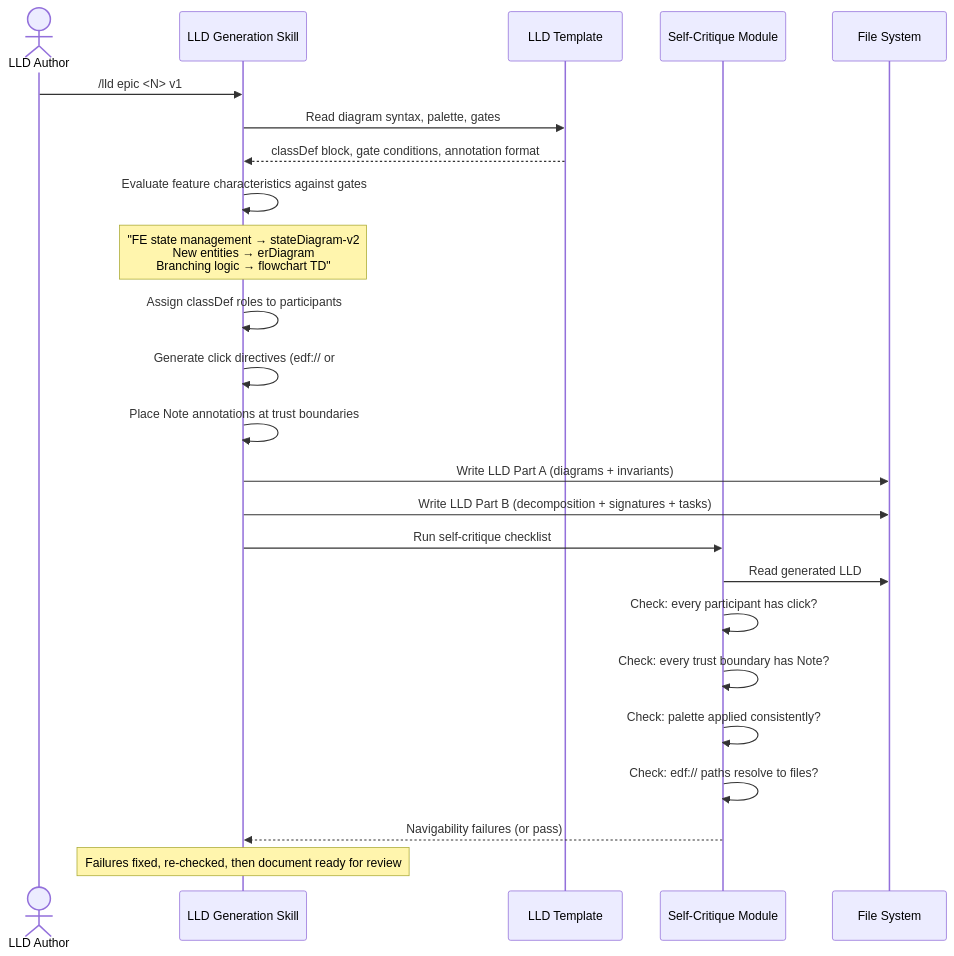
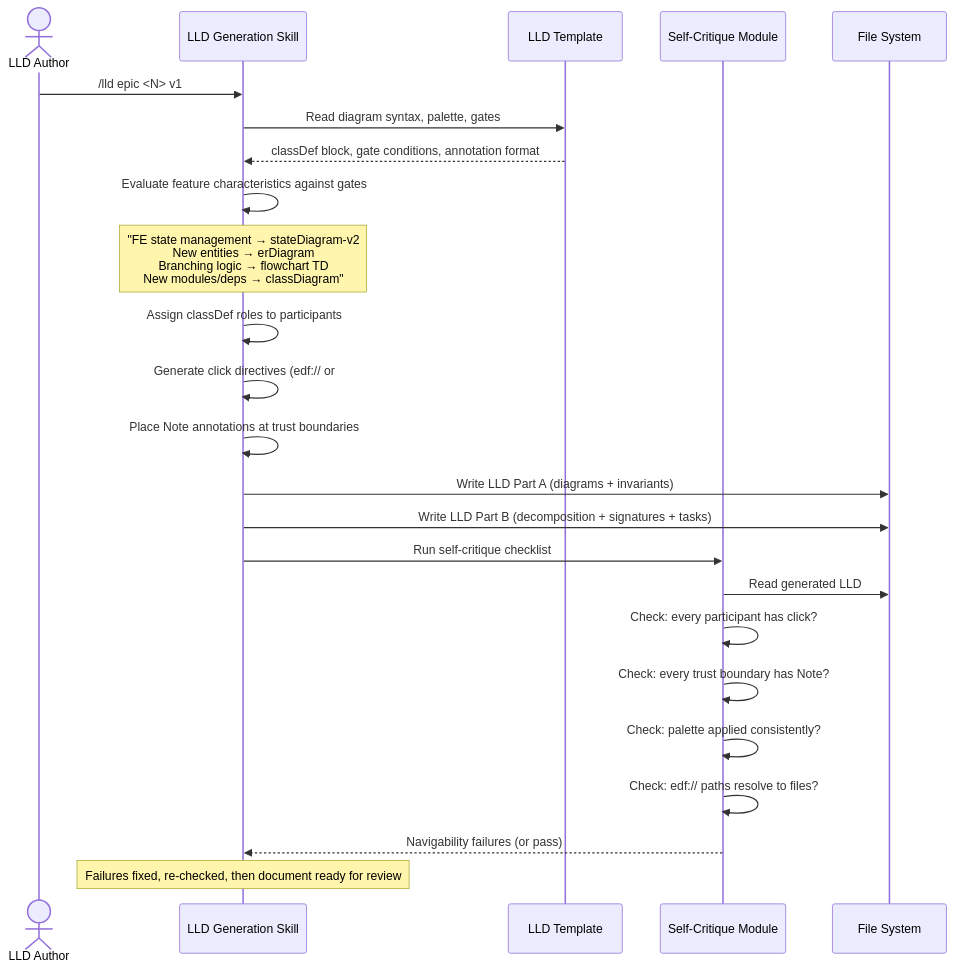
Before and after one commit to mironyx/engineering-delivery-framework: the second of 7 diagrams in plugins/edf/docs/design/v1/v1-design.md, drawn with Mermaid. The commit also changed other lines of this file, not shown here.

Commit message:
docs: HLD v1 — review fixes (C1 premise, classDiagram, extension sub-nodes, C2.4 gaps, #LLD- flow)

````diff
--- a/plugins/edf/docs/design/v1/v1-design.md
+++ b/plugins/edf/docs/design/v1/v1-design.md
@@ -292,27 +299,27 @@
 ```mermaid
 sequenceDiagram
     actor Author as LLD Author
     participant Skill as LLD Generation Skill
     participant Template as LLD Template
     participant Critique as Self-Critique Module
     participant FS as File System
 
     Author->>Skill: /lld epic <N> v1
     Skill->>Template: Read diagram syntax, palette, gates
     Template-->>Skill: classDef block, gate conditions, annotation format
     Skill->>Skill: Evaluate feature characteristics against gates
-    Note over Skill: "FE state management → stateDiagram-v2<br/>New entities → erDiagram<br/>Branching logic → flowchart TD"
+    Note over Skill: "FE state management → stateDiagram-v2<br/>New entities → erDiagram<br/>Branching logic → flowchart TD<br/>New modules/deps → classDiagram"
     Skill->>Skill: Assign classDef roles to participants
     Skill->>Skill: Generate click directives (edf:// or #LLD-)
     Skill->>Skill: Place Note annotations at trust boundaries
     Skill->>FS: Write LLD Part A (diagrams + invariants)
     Skill->>FS: Write LLD Part B (decomposition + signatures + tasks)
     Skill->>Critique: Run self-critique checklist
     Critique->>FS: Read generated LLD
     Critique->>Critique: Check: every participant has click?
     Critique->>Critique: Check: every trust boundary has Note?
     Critique->>Critique: Check: palette applied consistently?
     Critique->>Critique: Check: edf:// paths resolve to files?
     Critique-->>Skill: Navigability failures (or pass)
     Note over Skill: Failures fixed, re-checked, then document ready for review
 ```
````
